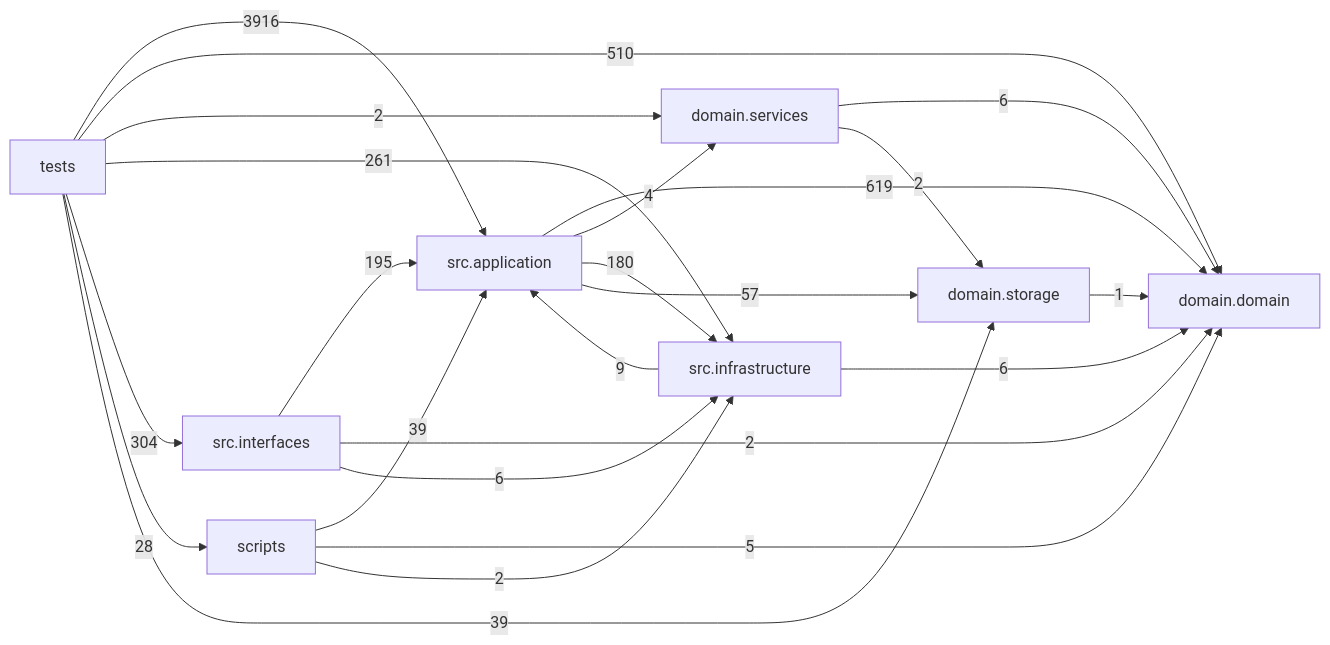
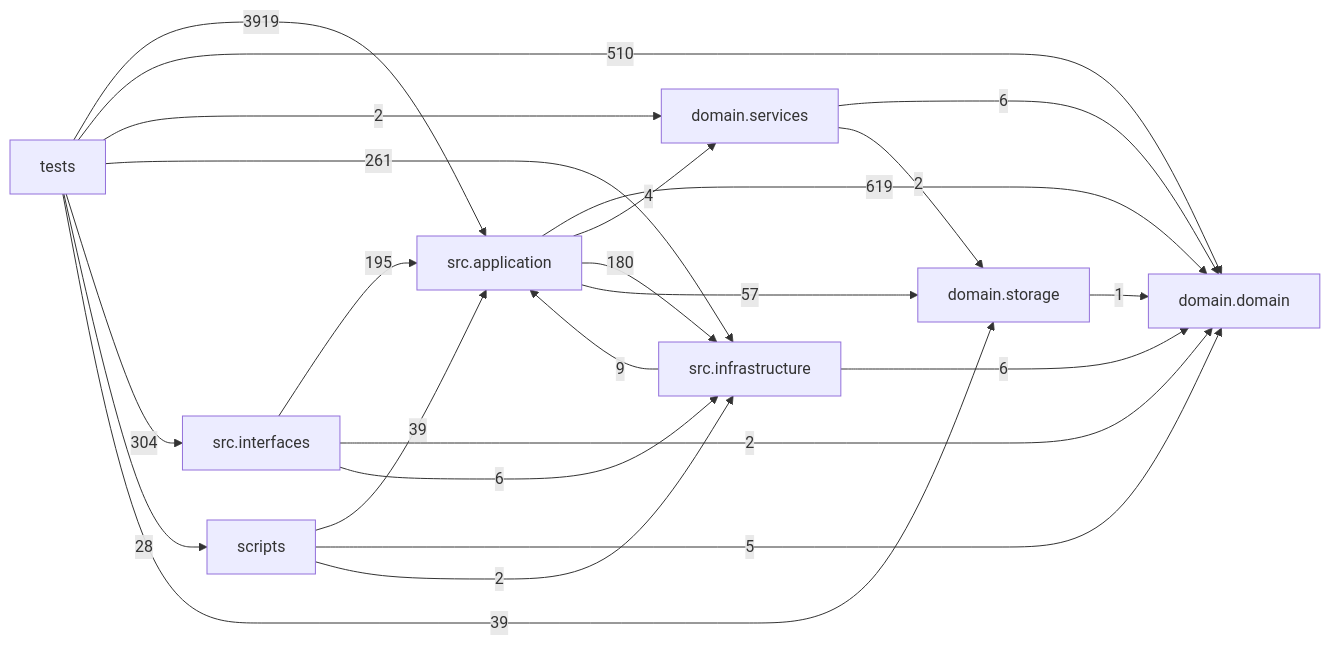
The diagram in docs/DEPENDENCY_GRAPH.md (liuxie066/options-monitor), drawn with Mermaid before and after one commit. The commit also changed other lines of this file and 5 other files, not shown here.

````diff
--- a/docs/DEPENDENCY_GRAPH.md
+++ b/docs/DEPENDENCY_GRAPH.md
@@ -24,33 +24,33 @@
 ```mermaid
 flowchart LR
   tests["tests"]
   scripts["scripts"]
   interfaces["src.interfaces"]
   application["src.application"]
   infrastructure["src.infrastructure"]
   domain_services["domain.services"]
   domain["domain.domain"]
   storage["domain.storage"]
   application -->|619| domain
   application -->|4| domain_services
   application -->|180| infrastructure
   application -->|57| storage
   domain_services -->|6| domain
   domain_services -->|2| storage
   infrastructure -->|9| application
   infrastructure -->|6| domain
   interfaces -->|195| application
   interfaces -->|2| domain
   interfaces -->|6| infrastructure
   scripts -->|39| application
   scripts -->|5| domain
   scripts -->|2| infrastructure
   storage -->|1| domain
-  tests -->|3916| application
+  tests -->|3919| application
   tests -->|510| domain
   tests -->|2| domain_services
   tests -->|261| infrastructure
   tests -->|304| interfaces
   tests -->|28| scripts
   tests -->|39| storage
 ```
````
